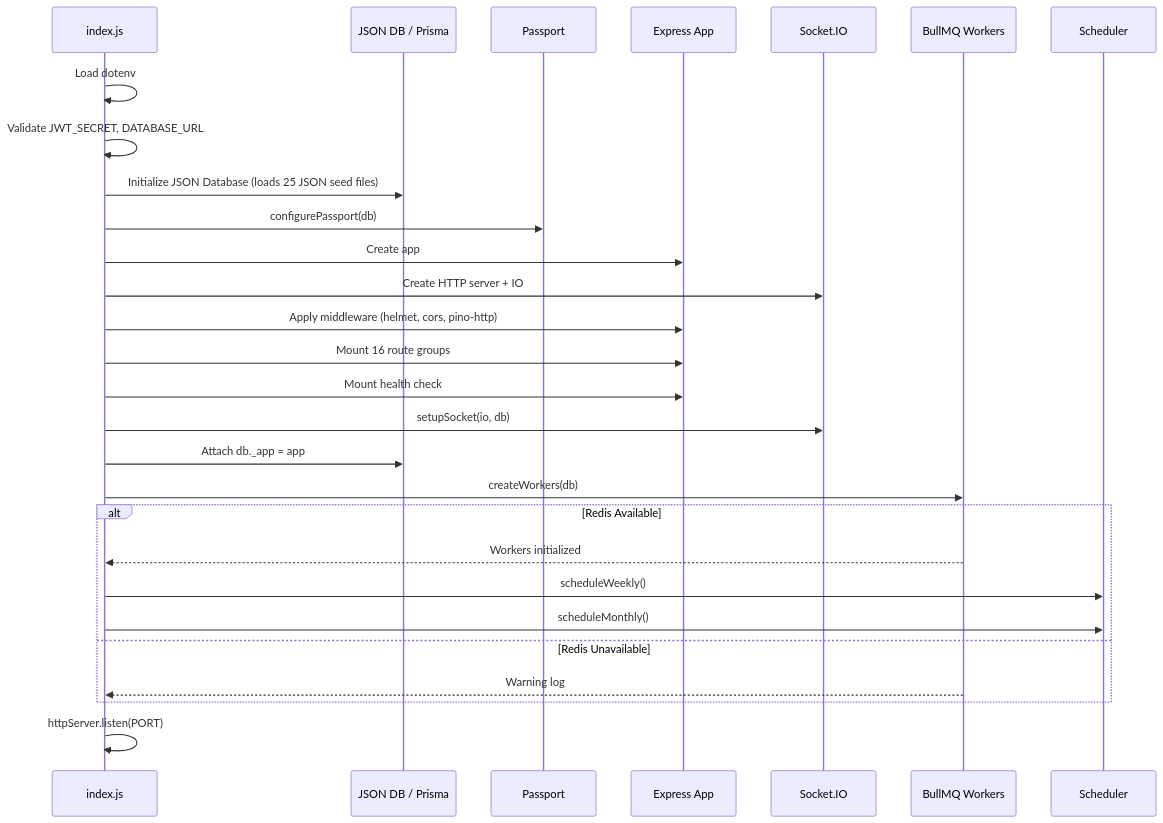
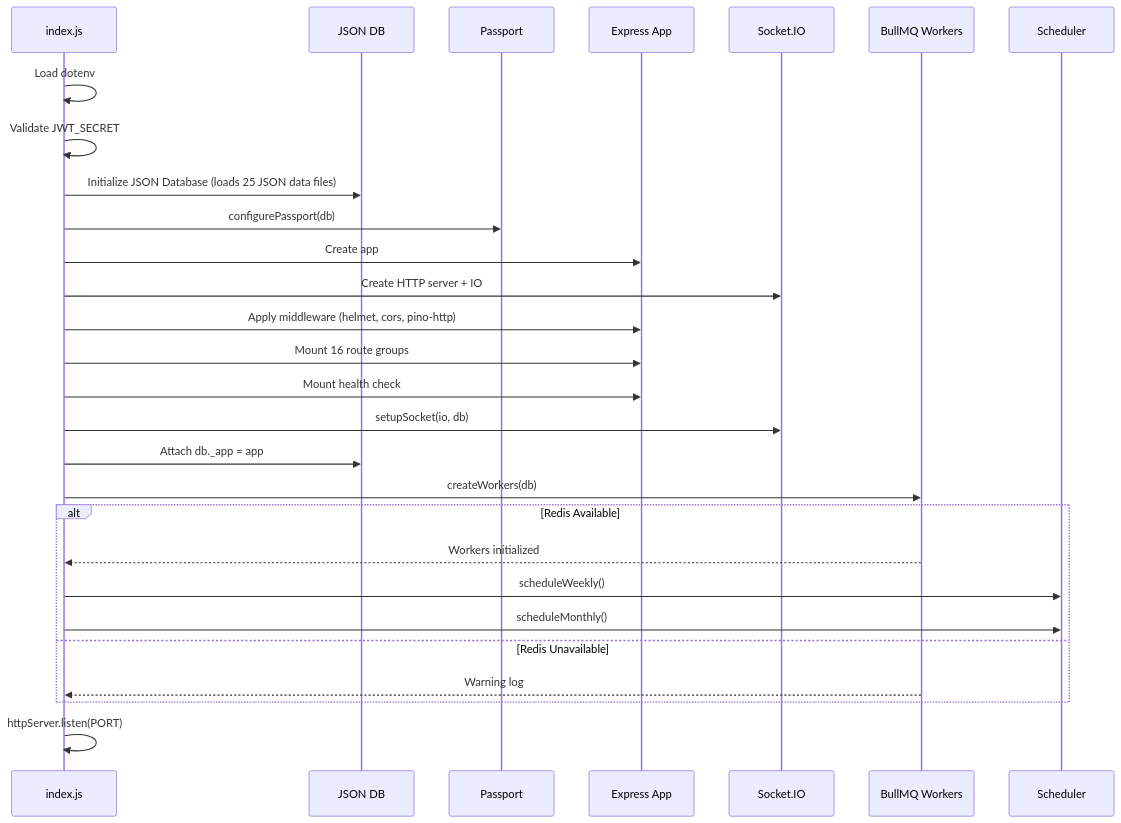
The third of 8 diagrams in PROJECT_OVERVIEW.md (themanoj-025/Match-Mind), drawn with Mermaid before and after one commit. The commit also changed other lines of this file and 18 other files, not shown here.

````diff
--- a/PROJECT_OVERVIEW.md
+++ b/PROJECT_OVERVIEW.md
@@ -917,31 +898,31 @@
 ```mermaid
 sequenceDiagram
     participant Server as index.js
-    participant DB as JSON DB / Prisma
+    participant DB as JSON DB
     participant Passport as Passport
     participant Express as Express App
     participant Socket as Socket.IO
     participant BullMQ as BullMQ Workers
     participant Scheduler as Scheduler
 
     Server->>Server: Load dotenv
-    Server->>Server: Validate JWT_SECRET, DATABASE_URL
-    Server->>DB: Initialize JSON Database (loads 25 JSON seed files)
+    Server->>Server: Validate JWT_SECRET
+    Server->>DB: Initialize JSON Database (loads 25 JSON data files)
     Server->>Passport: configurePassport(db)
     Server->>Express: Create app
     Server->>Socket: Create HTTP server + IO
     Server->>Express: Apply middleware (helmet, cors, pino-http)
     Server->>Express: Mount 16 route groups
     Server->>Express: Mount health check
     Server->>Socket: setupSocket(io, db)
     Server->>DB: Attach db._app = app
     Server->>BullMQ: createWorkers(db)
     alt Redis Available
         BullMQ-->>Server: Workers initialized
         Server->>Scheduler: scheduleWeekly()
         Server->>Scheduler: scheduleMonthly()
     else Redis Unavailable
         BullMQ-->>Server: Warning log
     end
     Server->>Server: httpServer.listen(PORT)
 ```
````
